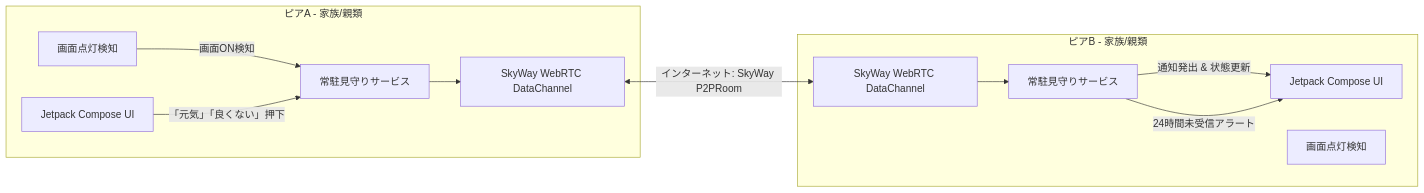
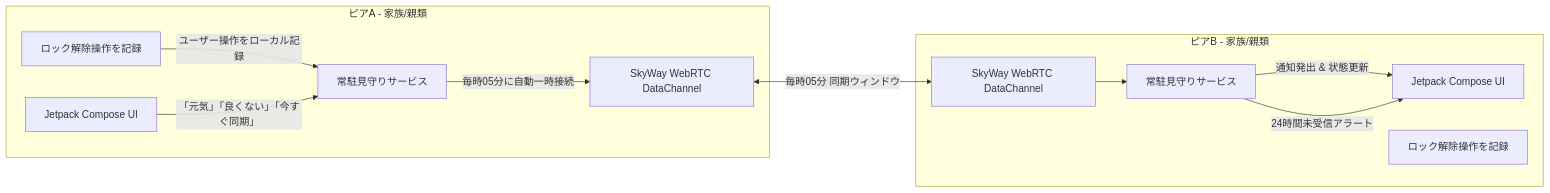
The diagram in README.ja.md (amekusa03/BugsLife), drawn with Mermaid before and after one commit. The commit also changed other lines of this file and 8 other files, not shown here.

````diff
--- a/README.ja.md
+++ b/README.ja.md
@@ -103,24 +109,24 @@
 ```mermaid
 graph LR
     subgraph 端末A [ピアA - 家族/親類]
         UI_A[Jetpack Compose UI]
         Service_A[常駐見守りサービス]
-        Screen_A[画面点灯検知]
+        Screen_A[ロック解除操作を記録]
         SkyWay_A[SkyWay WebRTC DataChannel]
     end
 
     subgraph 端末B [ピアB - 家族/親類]
         UI_B[Jetpack Compose UI]
         Service_B[常駐見守りサービス]
-        Screen_B[画面点灯検知]
+        Screen_B[ロック解除操作を記録]
         SkyWay_B[SkyWay WebRTC DataChannel]
     end
 
-    Screen_A -->|画面ON検知| Service_A
-    UI_A -->|「元気」「良くない」押下| Service_A
-    Service_A --> SkyWay_A
-    SkyWay_A <-->|インターネット: SkyWay P2PRoom| SkyWay_B
+    Screen_A -->|ユーザー操作をローカル記録| Service_A
+    Service_A -->|毎時05分に自動一時接続| SkyWay_A
+    UI_A -->|「元気」「良くない」「今すぐ同期」| Service_A
+    SkyWay_A <-->|毎時05分 同期ウィンドウ| SkyWay_B
     SkyWay_B --> Service_B
     Service_B -->|通知発出 & 状態更新| UI_B
     Service_B -->|24時間未受信アラート| UI_B
 ```
````
